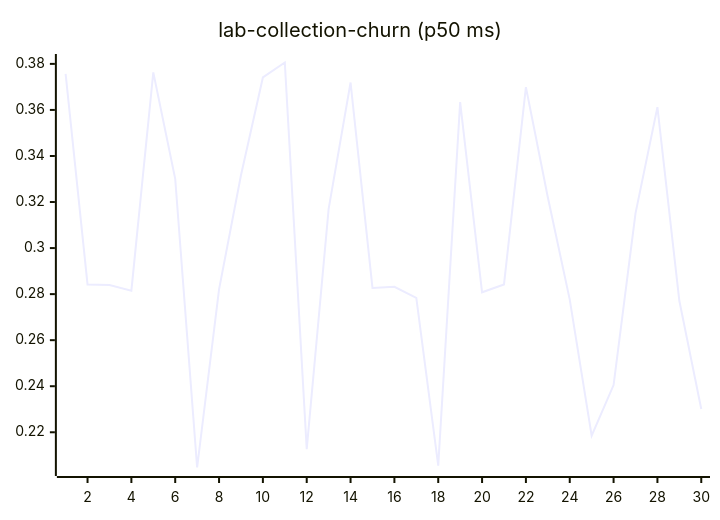
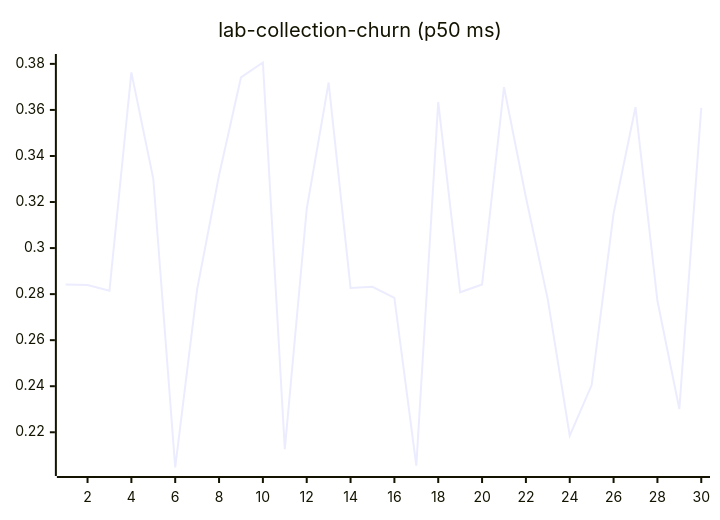
Before and after one commit to josha/Facet: diagram 11 of 27 in README.md, drawn with Mermaid. The commit also changed other lines of this file and 2 other files, not shown here.

````diff
--- a/README.md
+++ b/README.md
@@ -133,6 +133,6 @@
 ```mermaid
 xychart-beta
     title "lab-collection-churn (p50 ms)"
     x-axis 1 --> 30
-    line [0.3757, 0.2842, 0.2840, 0.2815, 0.3763, 0.3301, 0.2047, 0.2821, 0.3316, 0.3741, 0.3806, 0.2127, 0.3170, 0.3719, 0.2827, 0.2832, 0.2784, 0.2055, 0.3634, 0.2808, 0.2842, 0.3699, 0.3221, 0.2776, 0.2185, 0.2405, 0.3151, 0.3612, 0.2771, 0.2301]
+    line [0.2842, 0.2840, 0.2815, 0.3763, 0.3301, 0.2047, 0.2821, 0.3316, 0.3741, 0.3806, 0.2127, 0.3170, 0.3719, 0.2827, 0.2832, 0.2784, 0.2055, 0.3634, 0.2808, 0.2842, 0.3699, 0.3221, 0.2776, 0.2185, 0.2405, 0.3151, 0.3612, 0.2771, 0.2301, 0.3609]
 ```
````
